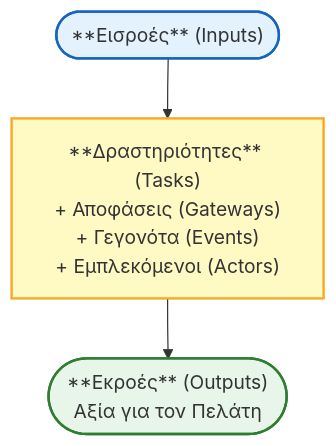
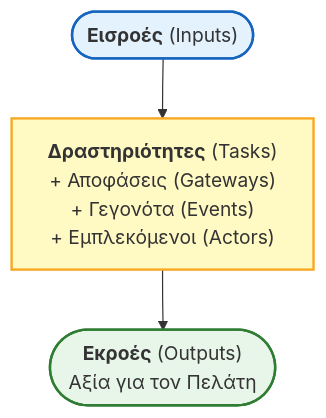
Before and after one commit to tsadimas-wa/dss-data-analytics: the diagram in msc/img/lecture2/diag_bp_definition.mmd, drawn with Mermaid. The commit also changed 8 other files, not shown here.

First line of the commit message:
docs(lecture2): enhance content and diagram formatting

```diff
--- a/msc/img/lecture2/diag_bp_definition.mmd
+++ b/msc/img/lecture2/diag_bp_definition.mmd
@@ -1,7 +1,7 @@
 flowchart TD
-    A(["**Εισροές** (Inputs)"])
-    --> B["**Δραστηριότητες** (Tasks)\n+ Αποφάσεις (Gateways)\n+ Γεγονότα (Events)\n+ Εμπλεκόμενοι (Actors)"]
-    --> C(["**Εκροές** (Outputs)\nΑξία για τον Πελάτη"])
+    A(["<b>Εισροές</b> (Inputs)"])
+    --> B["<b>Δραστηριότητες</b> (Tasks)\n+ Αποφάσεις (Gateways)\n+ Γεγονότα (Events)\n+ Εμπλεκόμενοι (Actors)"]
+    --> C(["<b>Εκροές</b> (Outputs)\nΑξία για τον Πελάτη"])
     style A fill:#E3F2FD,stroke:#1565C0,stroke-width:2px
     style B fill:#FFF9C4,stroke:#F9A825,stroke-width:2px
     style C fill:#E8F5E9,stroke:#2E7D32,stroke-width:2px
```
